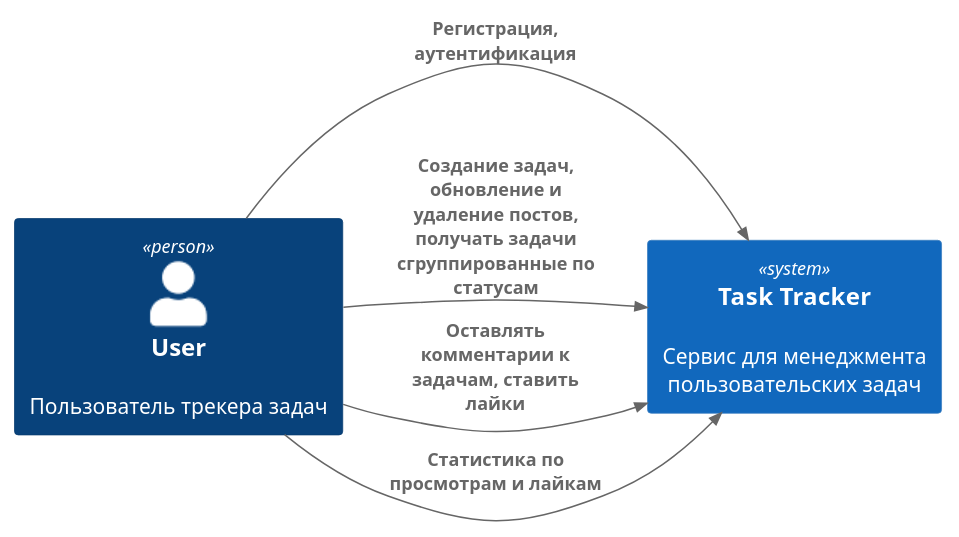
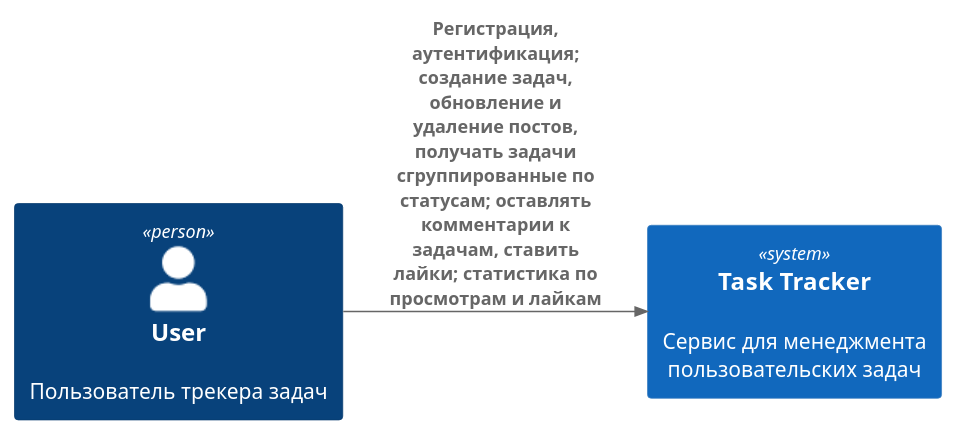
One commit to cucumber95/Service-Architecture changed the diagram in doc/context.puml. Above: the diagram before and after it, drawn with PlantUML. The commit also changed 1 other file, not shown here.

```diff
--- a/doc/context.puml
+++ b/doc/context.puml
@@ -1,15 +1,11 @@
 @startuml
 !include https://raw.githubusercontent.com/plantuml-stdlib/C4-PlantUML/latest/C4_Context.puml
 
 LAYOUT_LANDSCAPE()
 
 Person(user, "User", "Пользователь трекера задач")
 System(taskTracker, "Task Tracker", "Сервис для менеджмента пользовательских задач")
 
-Rel(user, taskTracker, "Регистрация, аутентификация")
-Rel(user, taskTracker, "Создание задач, обновление и удаление постов, получать задачи сгруппированные по статусам")
-Rel(user, taskTracker, "Оставлять комментарии к задачам, ставить лайки")
-Rel(user, taskTracker, "Статистика по просмотрам и лайкам")
-
+Rel(user, taskTracker, "Регистрация, аутентификация; создание задач, обновление и удаление постов, получать задачи сгруппированные по статусам; оставлять комментарии к задачам, ставить лайки; статистика по просмотрам и лайкам")
 
 @enduml
```
